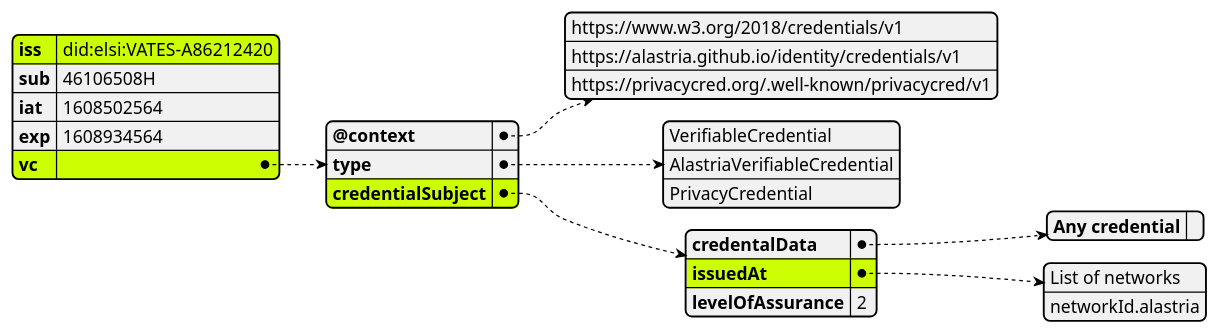
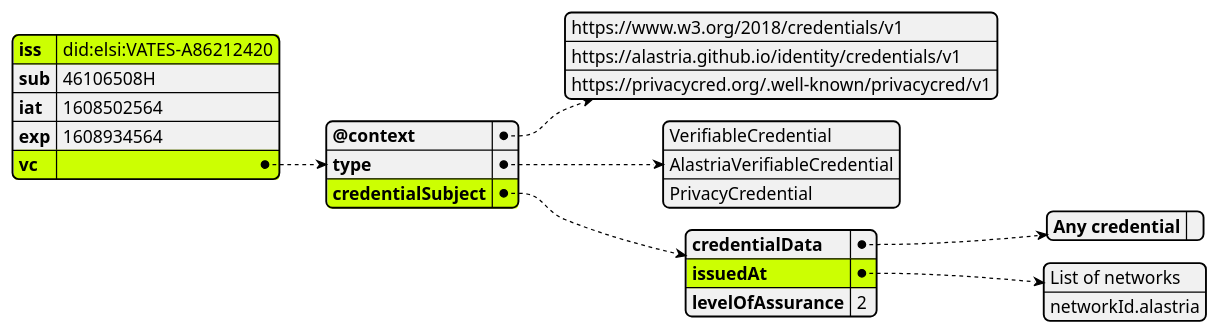
The first of 2 diagrams in images/SafeIsland_VCSample.puml (hesusruiz/PrivacyCred), drawn with PlantUML before and after one commit. The commit also changed 1 other file, not shown here.

```diff
--- a/images/SafeIsland_VCSample.puml
+++ b/images/SafeIsland_VCSample.puml
@@ -1,35 +1,35 @@
 @startjson SafeIsland_VCSample
 #highlight "iss"
 #highlight "vc"
 #highlight "vc" / "credentialSubject"
 #highlight "vc" / "credentialSubject" / "issuedAt"
 
 {
       "iss": "did:elsi:VATES-A86212420",
       "sub": "46106508H",
       "iat": 1608502564,
       "exp": 1608934564,
       "vc": {
             "@context": [
                   "https://www.w3.org/2018/credentials/v1",
                   "https://alastria.github.io/identity/credentials/v1",
                   "https://privacycred.org/.well-known/privacycred/v1"
             ],
             "type": [
                   "VerifiableCredential",
                   "AlastriaVerifiableCredential",
                   "PrivacyCredential"
             ],
             "credentialSubject": {
-                  "credentalData": {
+                  "credentialData": {
                         "Any credential": ""
                   },
                   "issuedAt": [
                         "List of networks",
                         "networkId.alastria"
                   ],
                   "levelOfAssurance": 2
             }
       }
 }
 @endjson
```
